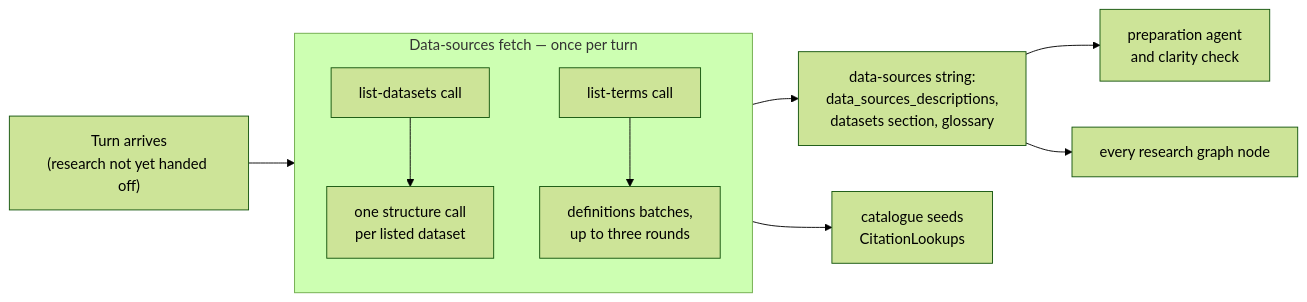
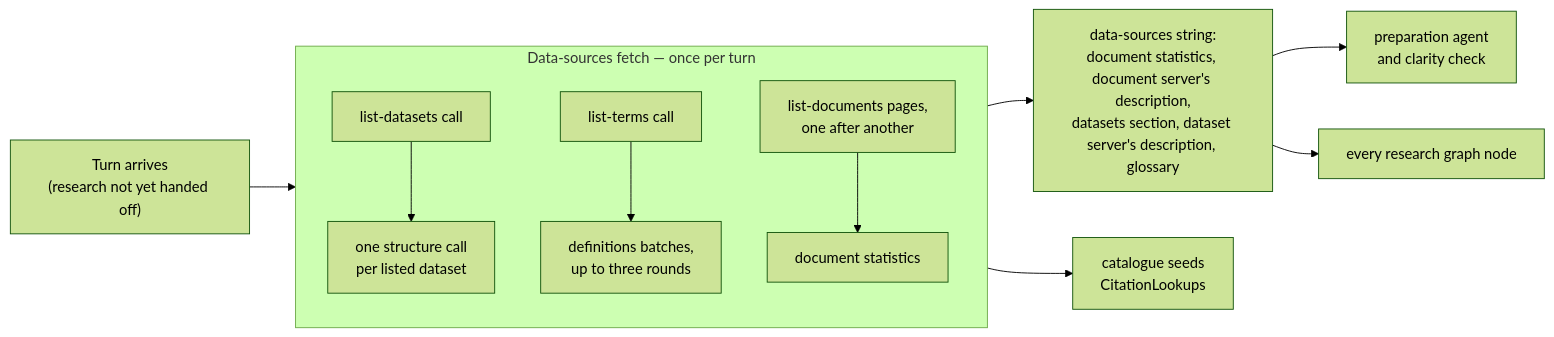
Before and after one commit to epam/ai-dial-deep-research-backend: the first of 3 diagrams in docs/architecture.md, drawn with Mermaid (forest theme). The commit also changed other lines of this file and 35 other files, not shown here.

First line of the commit message:
feat: show document statistics in the data-sources string

````diff
--- a/docs/architecture.md
+++ b/docs/architecture.md
@@ -31,13 +39,14 @@
 ```mermaid
 flowchart LR
     turn["Turn arrives<br/>(research not yet handed off)"] --> fetch
     subgraph fetch["Data-sources fetch — once per turn"]
         direction TB
         list["list-datasets call"] --> structures["one structure call<br/>per listed dataset"]
         terms["list-terms call"] --> definitions["definitions batches,<br/>up to three rounds"]
+        pages["list-documents pages,<br/>one after another"] --> stats["document statistics"]
     end
-    fetch --> string["data-sources string:<br/>data_sources_descriptions,<br/>datasets section, glossary"]
+    fetch --> string["data-sources string:<br/>document statistics, document server's description,<br/>datasets section, dataset server's description, glossary"]
     string --> prep["preparation agent<br/>and clarity check"]
     string --> research["every research graph node"]
     fetch --> catalogue["catalogue seeds<br/>CitationLookups"]
 ```
````
